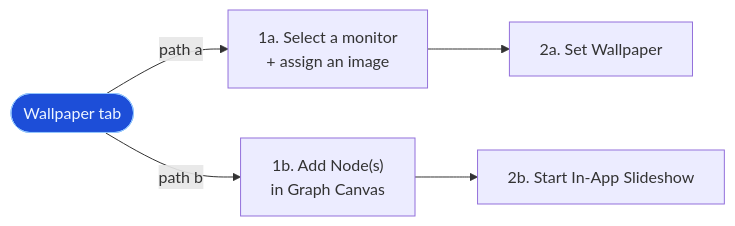
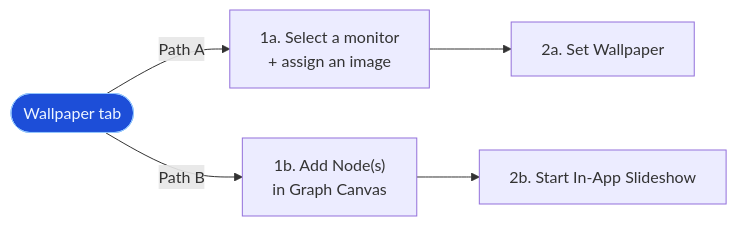
The third of 6 diagrams in docs/tutorials/workflows.md (ACFHarbinger/Image-Toolkit), drawn with Mermaid before and after one commit. The commit also changed other lines of this file and 37 other files, not shown here.

````diff
--- a/docs/tutorials/workflows.md
+++ b/docs/tutorials/workflows.md
@@ -83,9 +361,9 @@
 ```mermaid
 flowchart LR
-    Start(["Wallpaper tab"]) -->|path a| A1["1a. Select a monitor\n+ assign an image"]
+    Start(["Wallpaper tab"]) -->|Path A| A1["1a. Select a monitor\n+ assign an image"]
     A1 --> A2["2a. Set Wallpaper"]
-    Start -->|path b| B1["1b. Add Node(s)\nin Graph Canvas"]
+    Start -->|Path B| B1["1b. Add Node(s)\nin Graph Canvas"]
     B1 --> B2["2b. Start In-App Slideshow"]
 
     style Start fill:#1d4ed8,stroke:#93c5fd,color:#eff6ff
 ```
````
